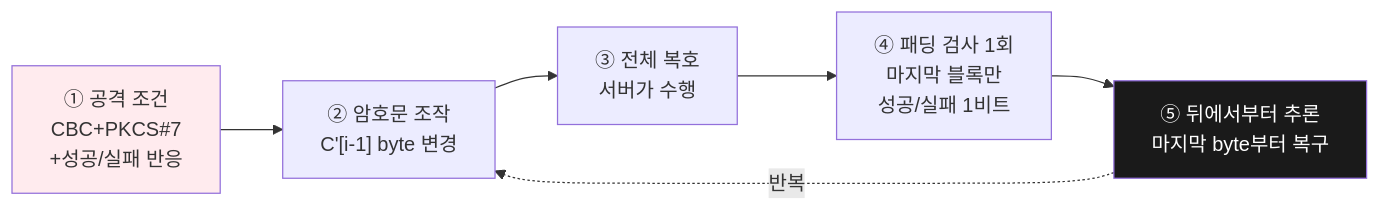
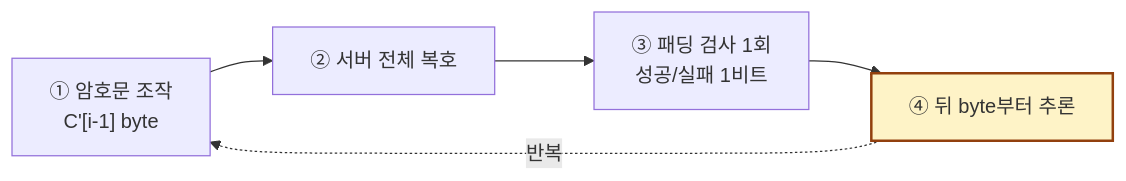
The eighth of 12 diagrams in 02_대칭키암호_정리.md (KMUTMU/information-security), drawn with Mermaid before and after one commit. The commit also changed other lines of this file and 5 other files, not shown here.

Commit message:
Mermaid 다이어그램 가독성 개선: 짧은 라벨·이모지 제거·색상 최소화

````diff
--- a/02_대칭키암호_정리.md
+++ b/02_대칭키암호_정리.md
@@ -255,10 +237,9 @@
 ```mermaid
 flowchart LR
-    S1["① 공격 조건<br/>CBC+PKCS#7<br/>+성공/실패 반응"] --> S2["② 암호문 조작<br/>C'[i-1] byte 변경"]
-    S2 --> S3["③ 전체 복호<br/>서버가 수행"]
-    S3 --> S4["④ 패딩 검사 1회<br/>마지막 블록만<br/>성공/실패 1비트"]
-    S4 --> S5["⑤ 뒤에서부터 추론<br/>마지막 byte부터 복구"]
+    S2["① 암호문 조작<br/>C'[i-1] byte"] --> S3["② 서버 전체 복호"]
+    S3 --> S4["③ 패딩 검사 1회<br/>성공/실패 1비트"]
+    S4 --> S5["④ 뒤 byte부터 추론"]
     S5 -.반복.-> S2
-    style S1 fill:#ffebee
-    style S5 fill:#1a1a1a,color:#fff
+    classDef key fill:#fef3c7,stroke:#92400e,stroke-width:2px
+    class S5 key
 ```
````
